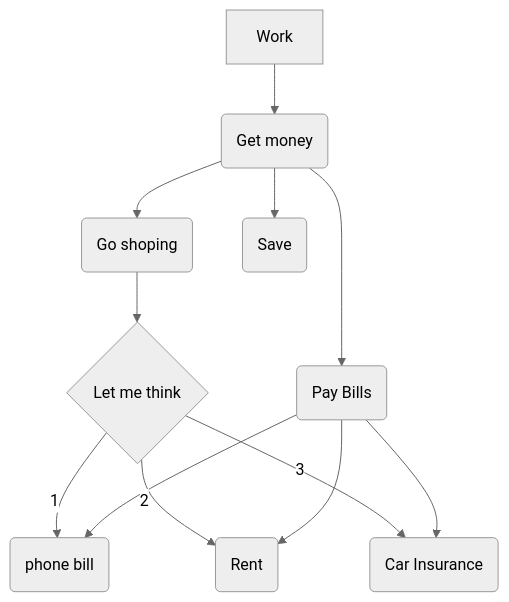
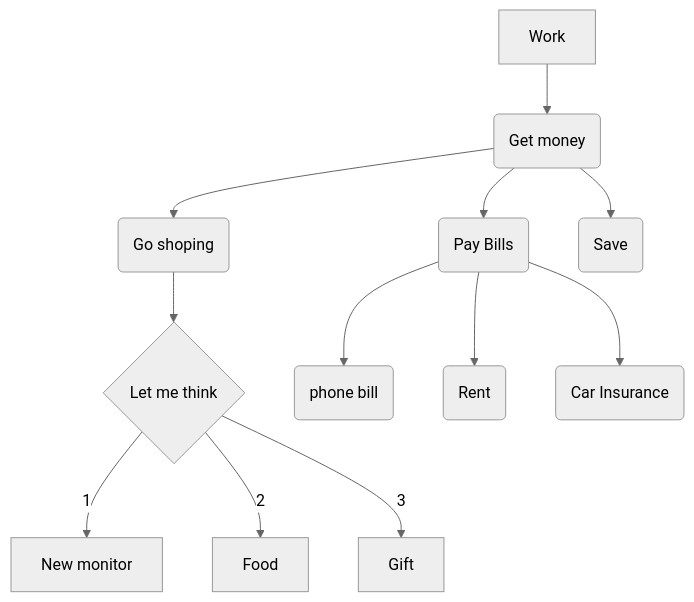
The diagram in Diagram.md (Epperezmoreno/epperezmoreno.github.io), drawn with Mermaid (neutral theme) before and after one commit.

Commit message:
Update Diagram.md
fixed labels for different letters

````diff
--- a/Diagram.md
+++ b/Diagram.md
@@ -1,15 +1,15 @@
 ```mermaid
 flowchart TD 
 A[Work] -->B(Get money)
 B --> C(Go shoping)
 B --> D(Pay Bills)
 B --> E(Save)
 C --> F{Let me think}
 F -->|1| G[New monitor]
 F -->|2| H[Food]
 F -->|3| I[Gift]
 
-D --> G(phone bill)
-D --> H(Rent)
-D --> I(Car Insurance)
+D --> J(phone bill)
+D --> K(Rent)
+D --> M(Car Insurance)
 ```
````
